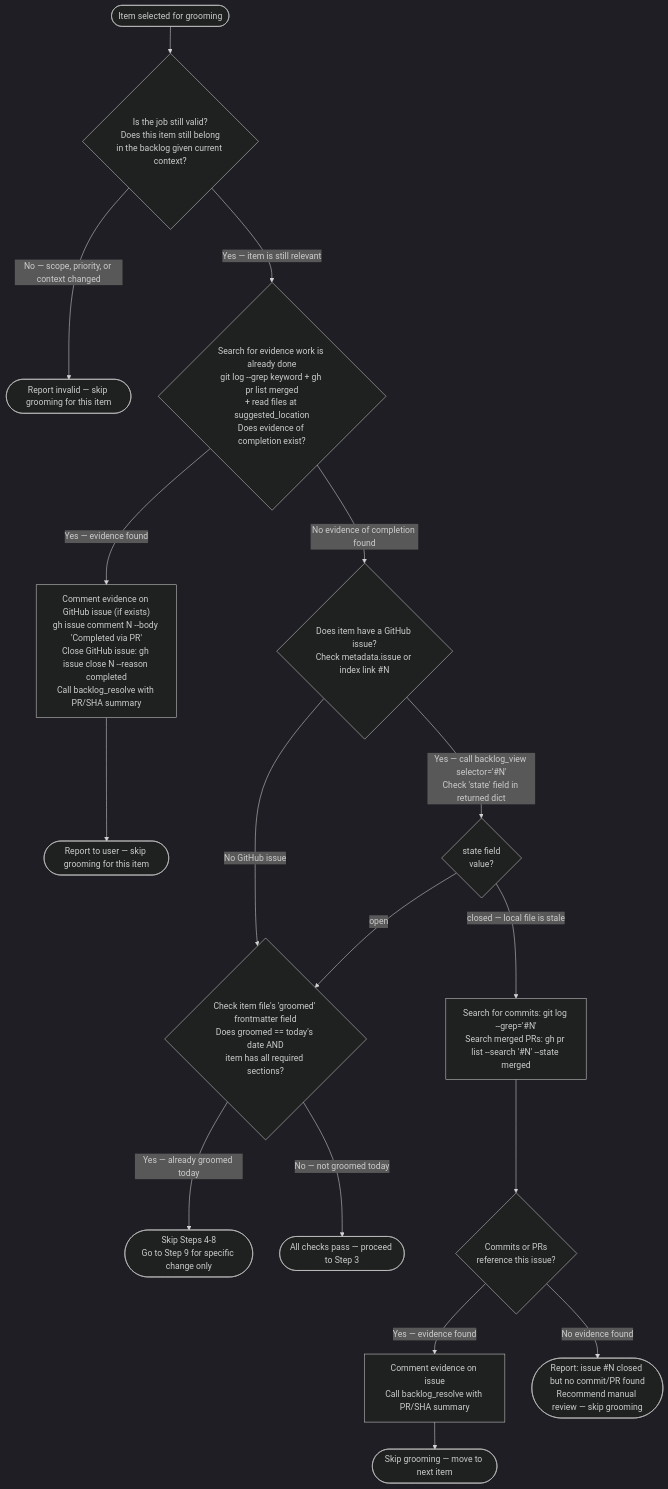
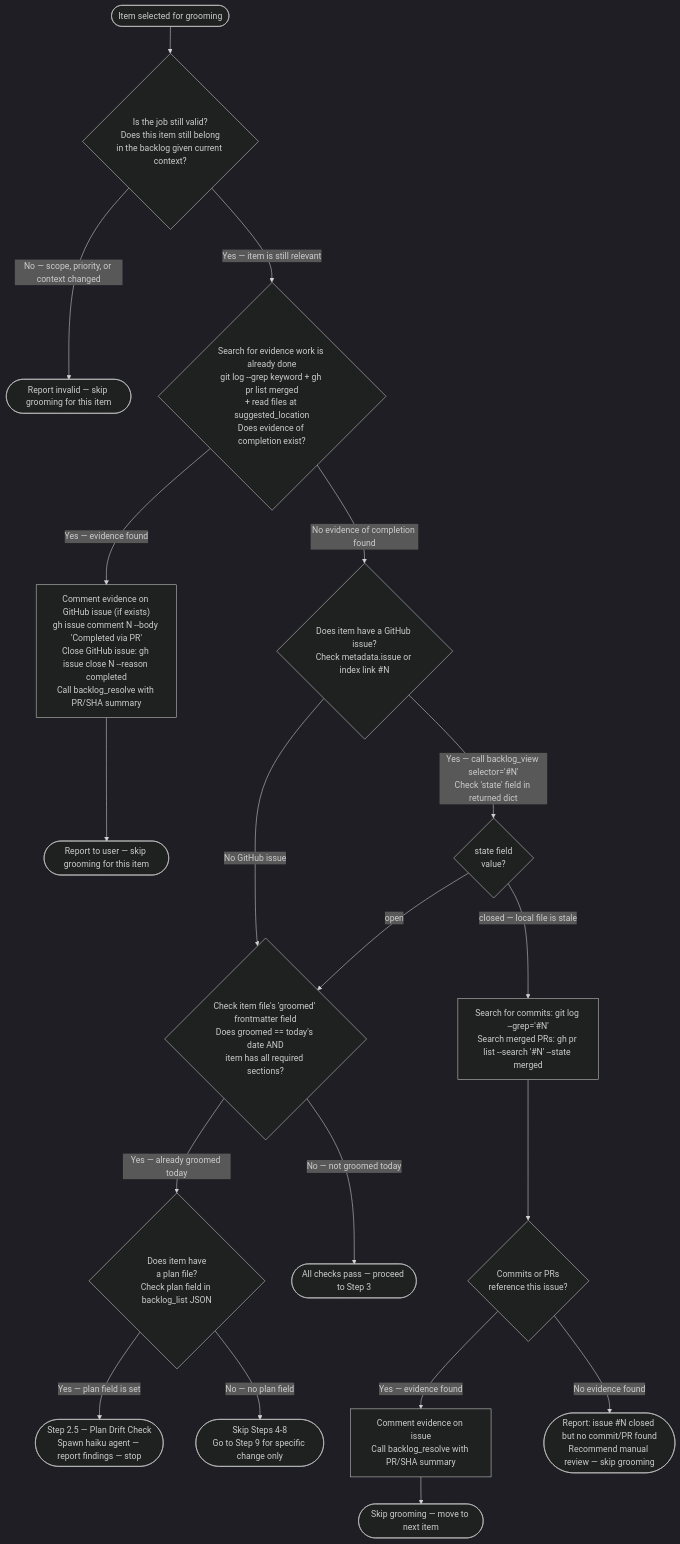
One commit to chgreer1070/claude_skills changed the second of 5 diagrams in .claude/skills/groom-backlog-item/SKILL.md. Above: the diagram before and after it, drawn with Mermaid (dark theme). The commit also changed other lines of this file, not shown here.

First line of the commit message:
feat(groom-backlog-item): add Plan Drift Check for groomed items with plans

````diff
--- a/.claude/skills/groom-backlog-item/SKILL.md
+++ b/.claude/skills/groom-backlog-item/SKILL.md
@@ -59,19 +62,21 @@
 ```mermaid
 flowchart TD
     ItemIn(["Item selected for grooming"]) --> C1{"Is the job still valid?<br>Does this item still belong<br>in the backlog given current context?"}
     C1 -->|"No — scope, priority, or context changed"| InvalidSkip(["Report invalid — skip grooming for this item"])
     C1 -->|"Yes — item is still relevant"| C2{"Search for evidence work is already done<br>git log --grep keyword + gh pr list merged<br>+ read files at suggested_location<br>Does evidence of completion exist?"}
     C2 -->|"Yes — evidence found"| AlreadyDone["Comment evidence on GitHub issue (if exists)<br>gh issue comment N --body 'Completed via PR'<br>Close GitHub issue: gh issue close N --reason completed<br>Call backlog_resolve with PR/SHA summary"]
     AlreadyDone --> DoneSkip(["Report to user — skip grooming for this item"])
     C2 -->|"No evidence of completion found"| C3{"Does item have a GitHub issue?<br>Check metadata.issue or index link #N"}
     C3 -->|"No GitHub issue"| C4Check{"Check item file's 'groomed' frontmatter field<br>Does groomed == today's date AND<br>item has all required sections?"}
     C3 -->|"Yes — call backlog_view selector='#N'<br>Check 'state' field in returned dict"| IssueState{"state field<br>value?"}
     IssueState -->|"open"| C4Check
     IssueState -->|"closed — local file is stale"| StaleSearch["Search for commits: git log --grep='#N'<br>Search merged PRs: gh pr list --search '#N' --state merged"]
     StaleSearch --> StaleEvidence{"Commits or PRs<br>reference this issue?"}
     StaleEvidence -->|"Yes — evidence found"| StaleClose["Comment evidence on issue<br>Call backlog_resolve with PR/SHA summary"]
     StaleClose --> StaleSkip(["Skip grooming — move to next item"])
     StaleEvidence -->|"No evidence found"| StaleReport(["Report: issue #N closed but no commit/PR found<br>Recommend manual review — skip grooming"])
-    C4Check -->|"Yes — already groomed today"| GroomedSkip(["Skip Steps 4-8<br>Go to Step 9 for specific change only"])
+    C4Check -->|"Yes — already groomed today"| PlanFileCheck{"Does item have<br>a plan file?<br>Check plan field in backlog_list JSON"}
+    PlanFileCheck -->|"Yes — plan field is set"| PlanDrift(["Step 2.5 — Plan Drift Check<br>Spawn haiku agent — report findings — stop"])
+    PlanFileCheck -->|"No — no plan field"| GroomedSkip(["Skip Steps 4-8<br>Go to Step 9 for specific change only"])
     C4Check -->|"No — not groomed today"| PassAll(["All checks pass — proceed to Step 3"])
 ```
````
